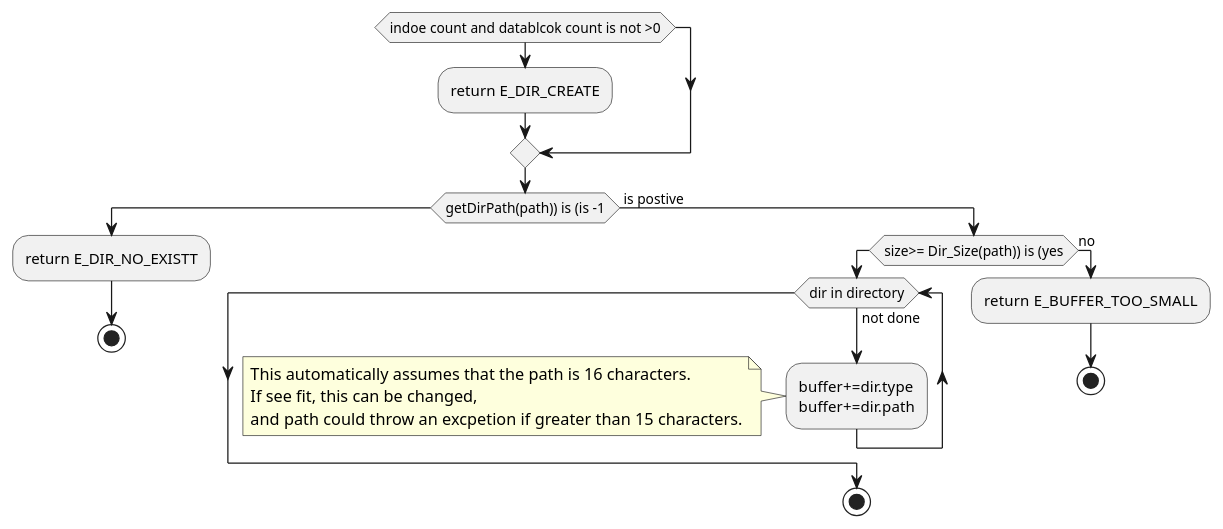
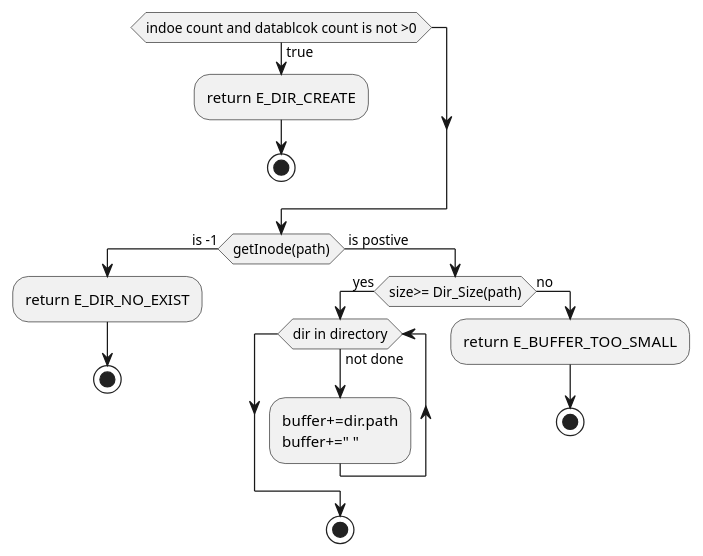
One commit to HawaiinPizza/CIS-450-final-project changed diagram 14 of 21 in Plan.org. Above: the diagram before and after it, drawn with PlantUML. The commit also changed other lines of this file and 26 other files, not shown here.

```diff
--- a/Plan.org
+++ b/Plan.org
@@ -666,26 +608,22 @@
      #+BEGIN_SRC plantuml  :file Plant/DirRead.png
-     if(indoe count and datablcok count is not >0)
+     if(indoe count and datablcok count is not >0) then (true)
 	:return E_DIR_CREATE;
+	stop
      endif
-     if(getDirPath(path)) is (is -1)
-		:return E_DIR_NO_EXISTT;
+     if(getInode(path)) then (is -1)
+		:return E_DIR_NO_EXIST;
 		stop
 	else ( is postive)
-		if(size>= Dir_Size(path)) is (yes)
+		if(size>= Dir_Size(path)) then (yes)
 			while(dir in directory) is (not done)
-				:buffer+=dir.type
-				buffer+=dir.path;
-				note left
-					This automatically assumes that the path is 16 characters.
-					If see fit, this can be changed,
-					and path could throw an excpetion if greater than 15 characters.
-				endnote
+				:buffer+=dir.path
+				buffer+=" ";
 			endwhile
 			stop
 		else(no)
 			:return  E_BUFFER_TOO_SMALL;
 			stop
 		endif
      endif
      @enduml
      #+END_SRC
```
